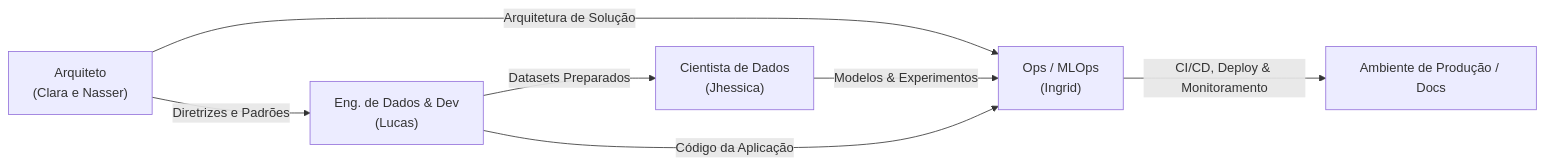
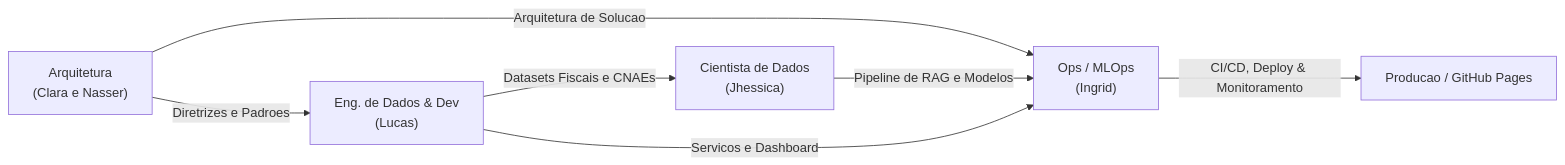
One commit to ingrdsoares/RES-IA-Challenge-2 changed the diagram in docs/README.md. Above: the diagram before and after it, drawn with Mermaid. The commit also changed other lines of this file and 9 other files, not shown here.

````diff
--- a/docs/README.md
+++ b/docs/README.md
@@ -39,14 +35,14 @@
 ```mermaid
 flowchart LR
     Lucas["Eng. de Dados & Dev\n(Lucas)"]
     DataScientist["Cientista de Dados\n(Jhessica)"]
-    Arquiteto["Arquiteto\n(Clara e Nasser)"]
+    Arquiteto["Arquitetura\n(Clara e Nasser)"]
     Ingrid["Ops / MLOps\n(Ingrid)"]
 
-    Arquiteto -->|Diretrizes e Padrões| Lucas
-    Arquiteto -->|Arquitetura de Solução| Ingrid
-    Lucas -->|Datasets Preparados| DataScientist
-    DataScientist -->|Modelos & Experimentos| Ingrid
-    Lucas -->|Código da Aplicação| Ingrid
-    Ingrid -->|CI/CD, Deploy & Monitoramento| Producao["Ambiente de Produção / Docs"]
+    Arquiteto -->|Diretrizes e Padroes| Lucas
+    Arquiteto -->|Arquitetura de Solucao| Ingrid
+    Lucas -->|Datasets Fiscais e CNAEs| DataScientist
+    DataScientist -->|Pipeline de RAG e Modelos| Ingrid
+    Lucas -->|Servicos e Dashboard| Ingrid
+    Ingrid -->|CI/CD, Deploy & Monitoramento| Producao["Producao / GitHub Pages"]
 ```
````
